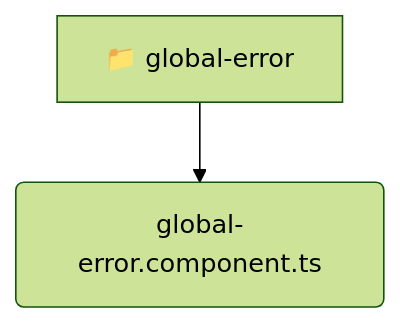
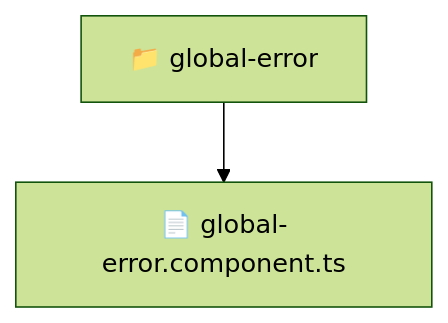
Before and after one commit to beginwebdev2002/fullstack-mavluda: the diagram in frontend/src/shared/ui/global-error/README.md, drawn with Mermaid (forest theme). The commit also changed other lines of this file and 163 other files, not shown here.

````diff
--- a/frontend/src/shared/ui/global-error/README.md
+++ b/frontend/src/shared/ui/global-error/README.md
@@ -11,5 +10,5 @@
 ```mermaid
 graph TD
-  global_error[📁 global-error]
-  global_error --> global_error_global_error_component_ts(global-error.component.ts)
+  Root["📁 global-error"]
+  Root --> globalerrorcomponentts["📄 global-error.component.ts"]
 ```
````
